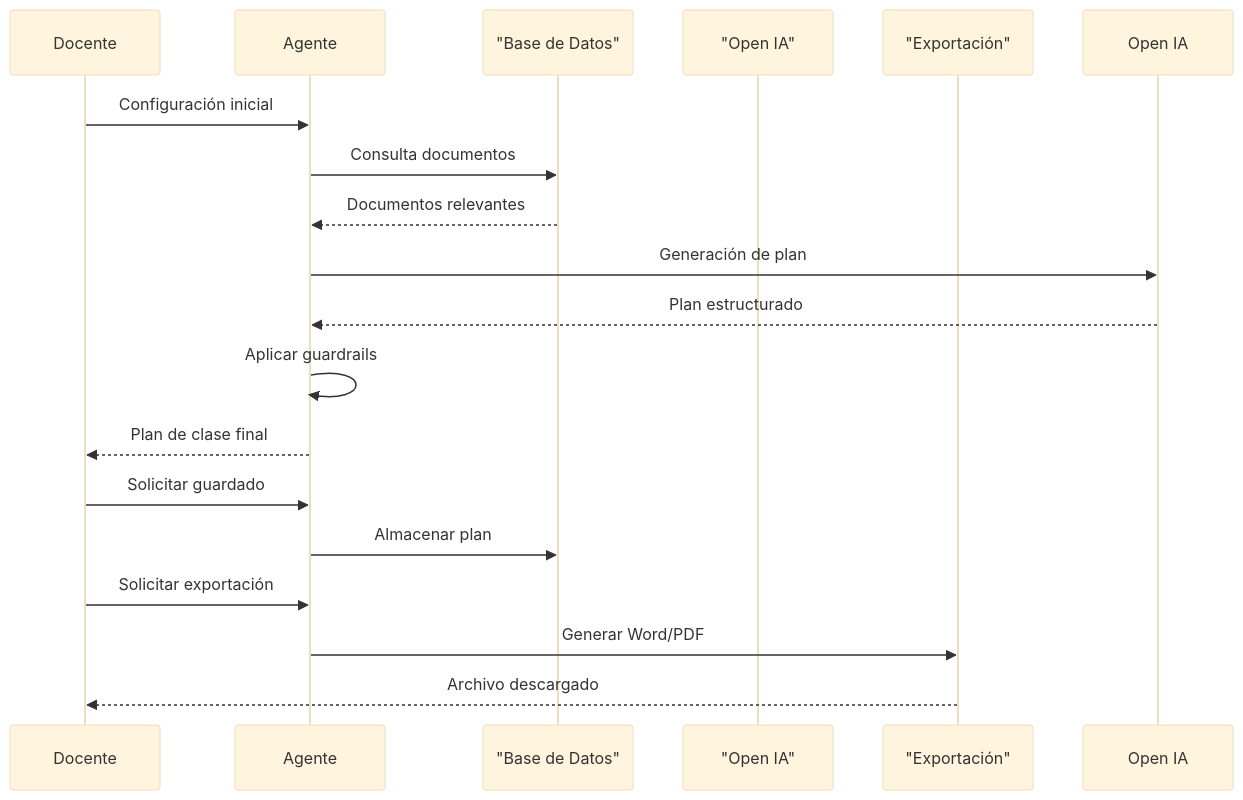
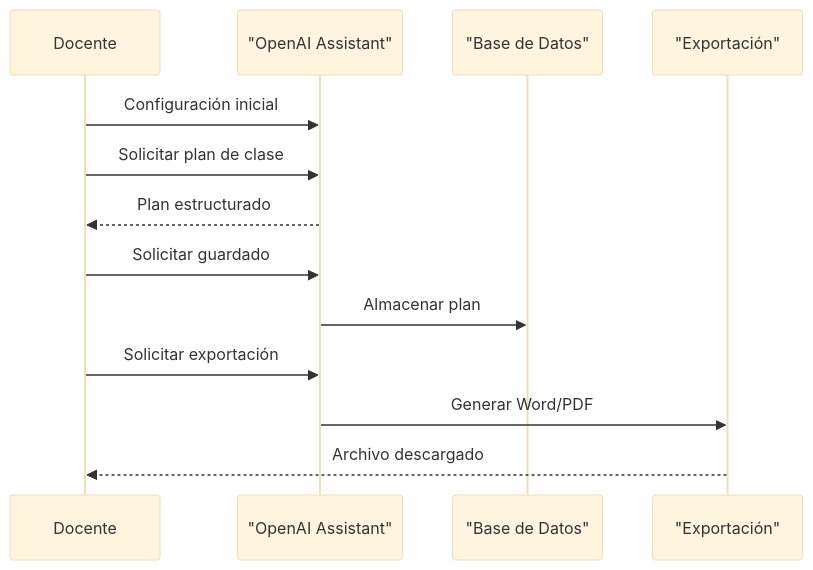
The second of 6 diagrams in README.md (Curriaga2002/tutor-agente-ia), drawn with Mermaid (base theme) before and after one commit.

Commit message:
docs: actualizar diagrama Mermaid de flujo de datos al flujo real con OpenAI Assistant

````diff
--- a/README.md
+++ b/README.md
@@ -104,24 +104,19 @@
 ```mermaid
 sequenceDiagram
     participant Docente
-    participant Agente
+    participant Agente as "OpenAI Assistant"
     participant BaseDeDatos as "Base de Datos"
-    participant Gemini as "Open IA"
     participant Exportacion as "Exportación"
 
     Docente ->> Agente: Configuración inicial
-    Agente ->> BaseDeDatos: Consulta documentos
-    BaseDeDatos -->> Agente: Documentos relevantes
-    Agente ->> Open IA: Generación de plan
-    Open IA -->> Agente: Plan estructurado
-    Agente ->> Agente: Aplicar guardrails
-    Agente -->> Docente: Plan de clase final
+    Docente ->> Agente: Solicitar plan de clase
+    Agente -->> Docente: Plan estructurado
 
     Docente ->> Agente: Solicitar guardado
     Agente ->> BaseDeDatos: Almacenar plan
 
     Docente ->> Agente: Solicitar exportación
     Agente ->> Exportacion: Generar Word/PDF
     Exportacion -->> Docente: Archivo descargado
 
 ```
````
